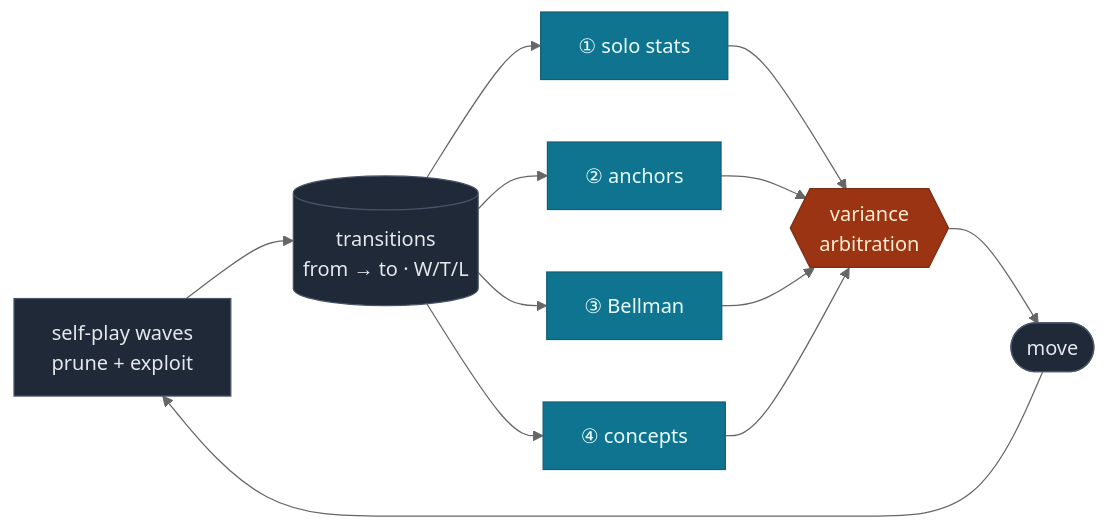
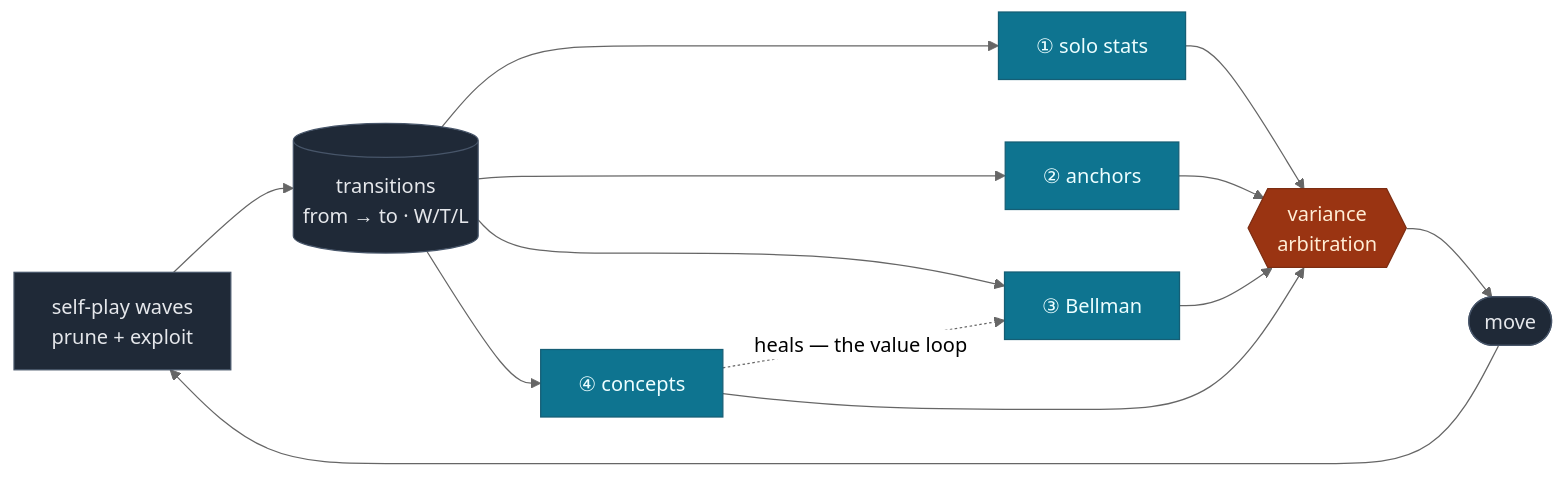
One commit to MatheweB/WiseExplorer changed the second of 9 diagrams in README.md. Above: the diagram before and after it, drawn with Mermaid (neutral theme). The commit also changed other lines of this file and 4 other files, not shown here.

````diff
--- a/README.md
+++ b/README.md
@@ -83,20 +84,21 @@
 ```mermaid
 flowchart LR
     classDef src fill:#1f2937,stroke:#475569,color:#e5e7eb
     classDef sig fill:#0e7490,stroke:#155e75,color:#ecfeff
     classDef arb fill:#9a3412,stroke:#7c2d12,color:#ffedd5
     SP["self-play waves<br/>prune + exploit"] --> T[("transitions<br/>from → to · W/T/L")]
     T --> S1["① solo stats"]
     T --> S2["② anchors"]
     T --> S3["③ Bellman"]
     T --> S4["④ concepts"]
+    S4 -.->|"heals — the value loop"| S3
     S1 --> V{{"variance<br/>arbitration"}}
     S2 --> V
     S3 --> V
     S4 --> V
     V --> M(["move"])
     M --> SP
     class SP,T,M src
     class S1,S2,S3,S4 sig
     class V arb
 ```
````
